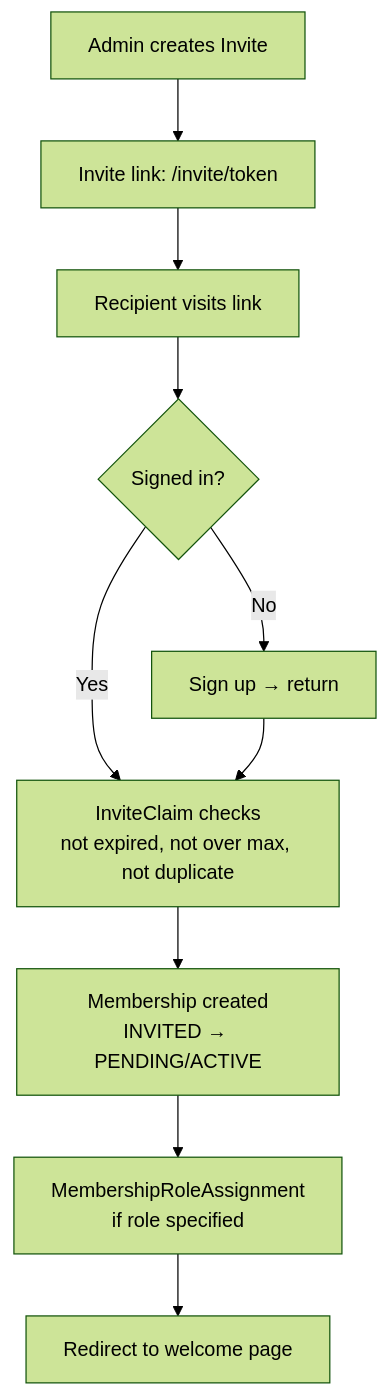
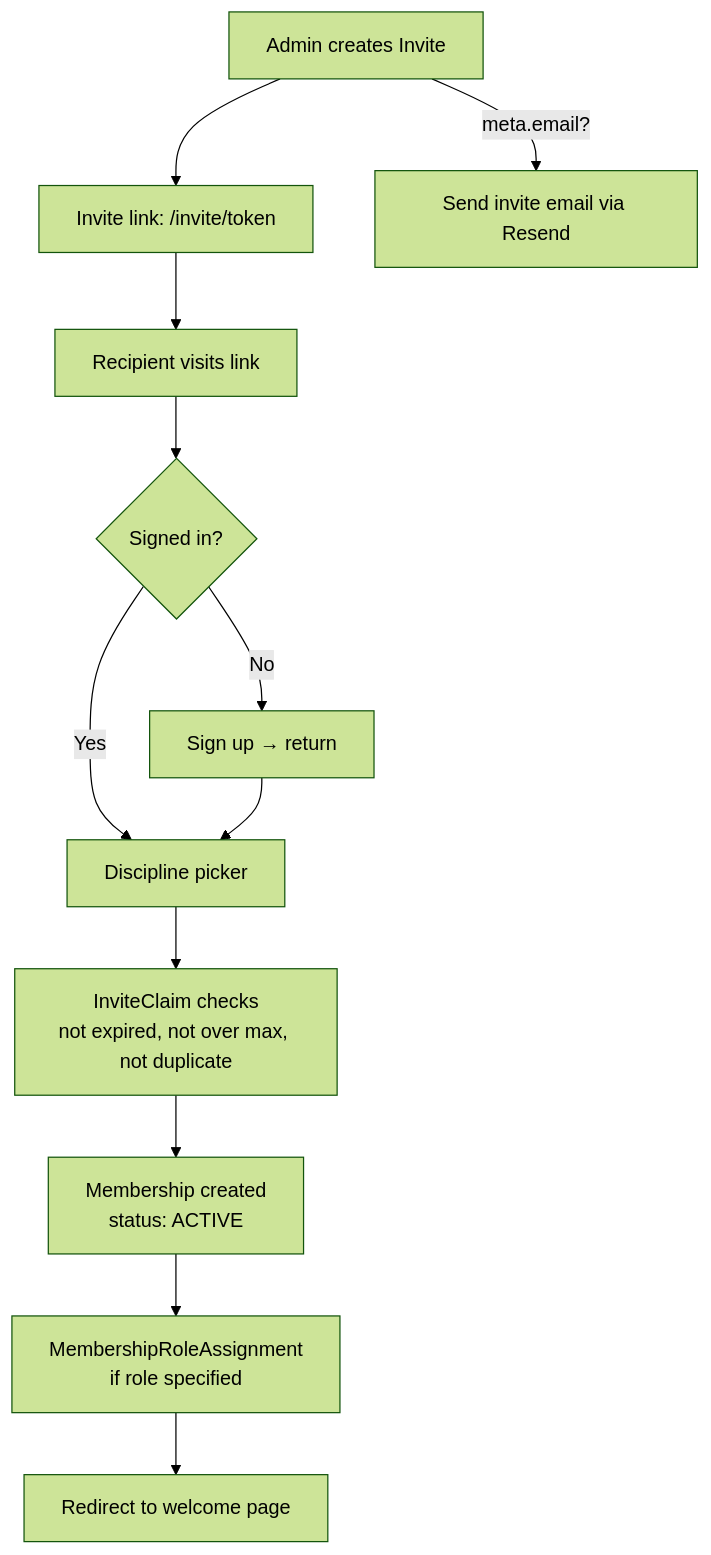
Before and after one commit to Ronin-Dojo-Design/ronin-dojo-baseline: the tenth of 13 diagrams in docs/runbooks/sop-data-and-wiring-flows.md, drawn with Mermaid (forest theme). The commit also changed other lines of this file and 9 other files, not shown here.

Commit message:
feat: membership admin list page + invite email template (SESSION_0148)

````diff
--- a/docs/runbooks/sop-data-and-wiring-flows.md
+++ b/docs/runbooks/sop-data-and-wiring-flows.md
@@ -609,12 +616,14 @@
 ```mermaid
 flowchart TD
     ADM[Admin creates Invite] --> LINK[Invite link: /invite/token]
+    ADM -->|meta.email?| EMAIL[Send invite email via Resend]
     LINK --> VISIT[Recipient visits link]
     VISIT --> AUTH{Signed in?}
     AUTH -->|No| SIGNUP[Sign up → return]
-    AUTH -->|Yes| CHECK[InviteClaim checks\nnot expired, not over max, not duplicate]
-    SIGNUP --> CHECK
-    CHECK --> MEM[Membership created\nINVITED → PENDING/ACTIVE]
+    AUTH -->|Yes| DISC[Discipline picker]
+    SIGNUP --> DISC
+    DISC --> CHECK[InviteClaim checks\nnot expired, not over max, not duplicate]
+    CHECK --> MEM[Membership created\nstatus: ACTIVE]
     MEM --> ROLE[MembershipRoleAssignment\nif role specified]
     ROLE --> WELCOME[Redirect to welcome page]
 ```
````
